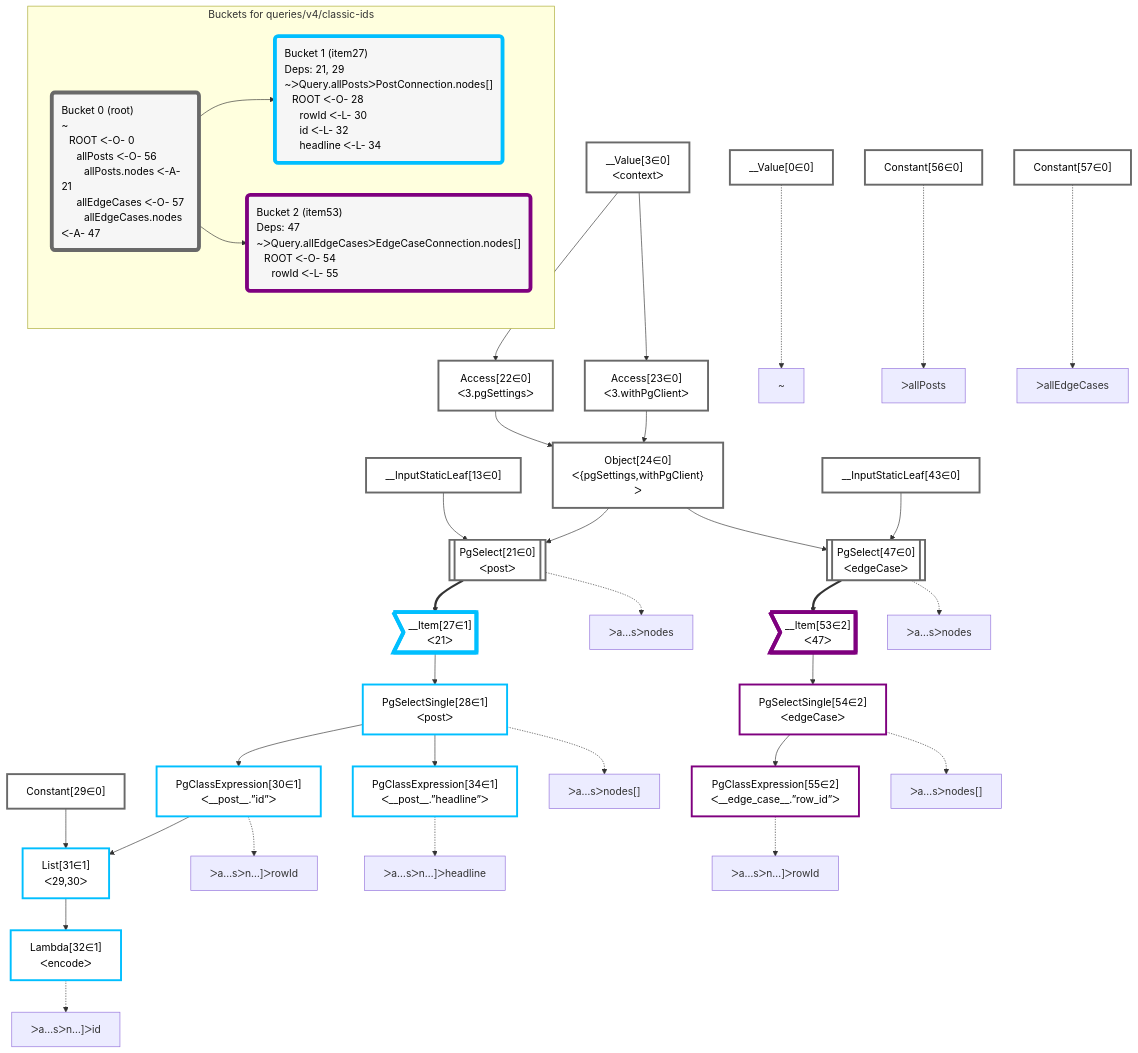
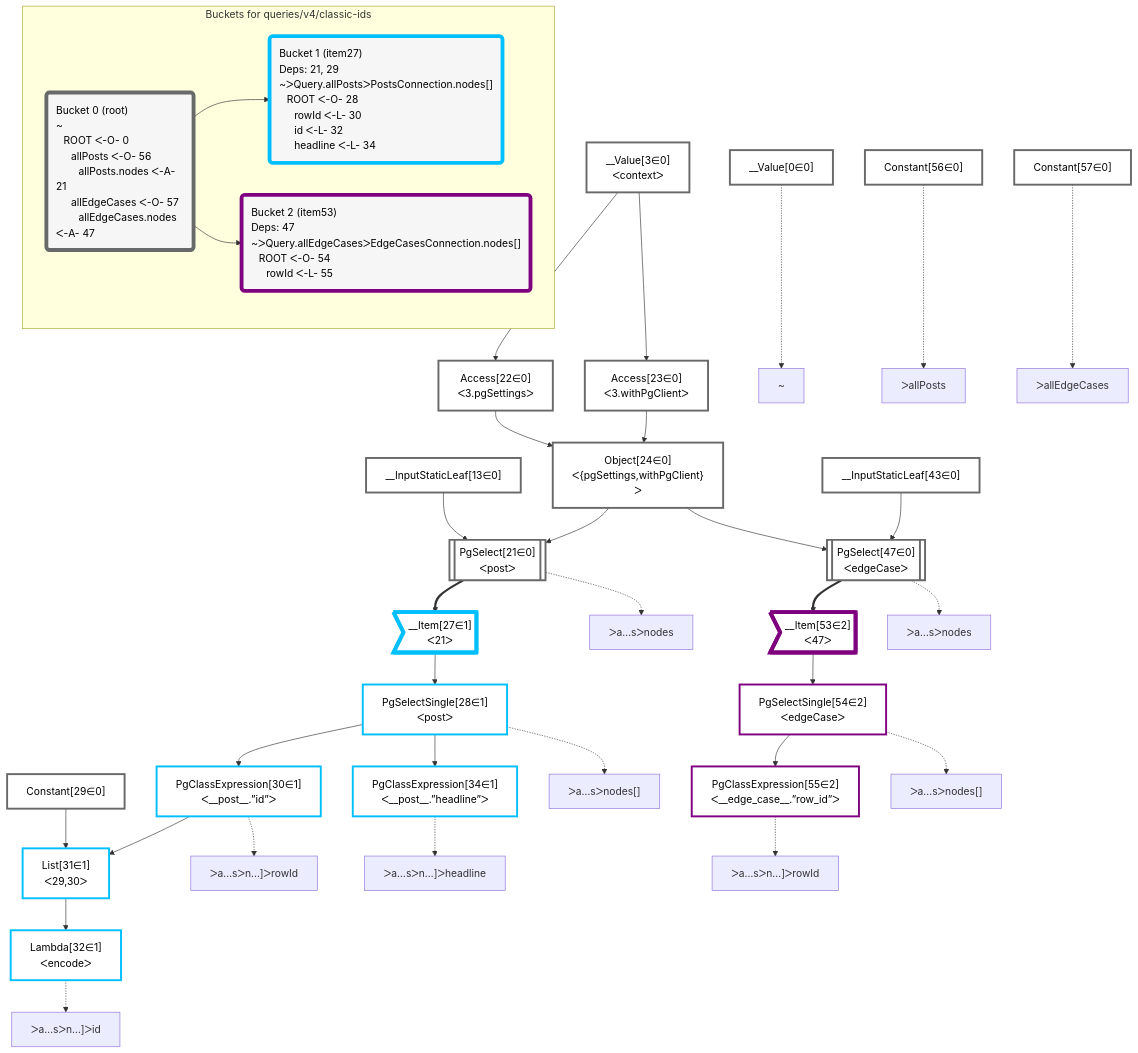
The diagram in packages/postgraphile/__tests__/queries/v4/classic-ids.mermaid (graphile/crystal), drawn with Mermaid before and after one commit. The commit also changed 2 other files, not shown here.

Commit message:
Update snapshots for new connection names

```diff
--- a/packages/postgraphile/__tests__/queries/v4/classic-ids.mermaid
+++ b/packages/postgraphile/__tests__/queries/v4/classic-ids.mermaid
@@ -1,83 +1,83 @@
 graph TD
     classDef path fill:#eee,stroke:#000,color:#000
     classDef plan fill:#fff,stroke-width:3px,color:#000
     classDef itemplan fill:#fff,stroke-width:6px,color:#000
     classDef sideeffectplan fill:#f00,stroke-width:6px,color:#000
     classDef bucket fill:#f6f6f6,color:#000,stroke-width:6px,text-align:left
 
 
     %% define plans
     __Value0["__Value[0∈0]"]:::plan
     __Value3["__Value[3∈0]<br />ᐸcontextᐳ"]:::plan
     __InputStaticLeaf13["__InputStaticLeaf[13∈0]"]:::plan
     Access22["Access[22∈0]<br />ᐸ3.pgSettingsᐳ"]:::plan
     Access23["Access[23∈0]<br />ᐸ3.withPgClientᐳ"]:::plan
     Object24["Object[24∈0]<br />ᐸ{pgSettings,withPgClient}ᐳ"]:::plan
     PgSelect21[["PgSelect[21∈0]<br />ᐸpostᐳ"]]:::plan
     Constant56["Constant[56∈0]"]:::plan
     __Item27>"__Item[27∈1]<br />ᐸ21ᐳ"]:::itemplan
     PgSelectSingle28["PgSelectSingle[28∈1]<br />ᐸpostᐳ"]:::plan
     Constant29["Constant[29∈0]"]:::plan
     PgClassExpression30["PgClassExpression[30∈1]<br />ᐸ__post__.”id”ᐳ"]:::plan
     List31["List[31∈1]<br />ᐸ29,30ᐳ"]:::plan
     Lambda32["Lambda[32∈1]<br />ᐸencodeᐳ"]:::plan
     PgClassExpression34["PgClassExpression[34∈1]<br />ᐸ__post__.”headline”ᐳ"]:::plan
     __InputStaticLeaf43["__InputStaticLeaf[43∈0]"]:::plan
     PgSelect47[["PgSelect[47∈0]<br />ᐸedgeCaseᐳ"]]:::plan
     Constant57["Constant[57∈0]"]:::plan
     __Item53>"__Item[53∈2]<br />ᐸ47ᐳ"]:::itemplan
     PgSelectSingle54["PgSelectSingle[54∈2]<br />ᐸedgeCaseᐳ"]:::plan
     PgClassExpression55["PgClassExpression[55∈2]<br />ᐸ__edge_case__.”row_id”ᐳ"]:::plan
 
     %% plan dependencies
     __Value3 --> Access22
     __Value3 --> Access23
     Access22 & Access23 --> Object24
     Object24 & __InputStaticLeaf13 --> PgSelect21
     PgSelect21 ==> __Item27
     __Item27 --> PgSelectSingle28
     PgSelectSingle28 --> PgClassExpression30
     Constant29 & PgClassExpression30 --> List31
     List31 --> Lambda32
     PgSelectSingle28 --> PgClassExpression34
     Object24 & __InputStaticLeaf43 --> PgSelect47
     PgSelect47 ==> __Item53
     __Item53 --> PgSelectSingle54
     PgSelectSingle54 --> PgClassExpression55
 
     %% plan-to-path relationships
     P0["~"]
     __Value0 -.-> P0
     P21["ᐳa…sᐳnodes"]
     PgSelect21 -.-> P21
     P28["ᐳa…sᐳnodes[]"]
     PgSelectSingle28 -.-> P28
     P30["ᐳa…sᐳn…]ᐳrowId"]
     PgClassExpression30 -.-> P30
     P32["ᐳa…sᐳn…]ᐳid"]
     Lambda32 -.-> P32
     P34["ᐳa…sᐳn…]ᐳheadline"]
     PgClassExpression34 -.-> P34
     P47["ᐳa…sᐳnodes"]
     PgSelect47 -.-> P47
     P54["ᐳa…sᐳnodes[]"]
     PgSelectSingle54 -.-> P54
     P55["ᐳa…sᐳn…]ᐳrowId"]
     PgClassExpression55 -.-> P55
     P56["ᐳallPosts"]
     Constant56 -.-> P56
     P57["ᐳallEdgeCases"]
     Constant57 -.-> P57
 
     subgraph "Buckets for queries/v4/classic-ids"
     Bucket0("Bucket 0 (root)<br />~<br />⠀ROOT ᐸ-O- 0<br />⠀⠀allPosts ᐸ-O- 56<br />⠀⠀⠀allPosts.nodes ᐸ-A- 21<br />⠀⠀allEdgeCases ᐸ-O- 57<br />⠀⠀⠀allEdgeCases.nodes ᐸ-A- 47"):::bucket
     classDef bucket0 stroke:#696969
     class Bucket0,__Value0,__Value3,__InputStaticLeaf13,PgSelect21,Access22,Access23,Object24,Constant29,__InputStaticLeaf43,PgSelect47,Constant56,Constant57 bucket0
-    Bucket1("Bucket 1 (item27)<br />Deps: 21, 29<br />~ᐳQuery.allPostsᐳPostConnection.nodes[]<br />⠀ROOT ᐸ-O- 28<br />⠀⠀rowId ᐸ-L- 30<br />⠀⠀id ᐸ-L- 32<br />⠀⠀headline ᐸ-L- 34"):::bucket
+    Bucket1("Bucket 1 (item27)<br />Deps: 21, 29<br />~ᐳQuery.allPostsᐳPostsConnection.nodes[]<br />⠀ROOT ᐸ-O- 28<br />⠀⠀rowId ᐸ-L- 30<br />⠀⠀id ᐸ-L- 32<br />⠀⠀headline ᐸ-L- 34"):::bucket
     classDef bucket1 stroke:#00bfff
     class Bucket1,__Item27,PgSelectSingle28,PgClassExpression30,List31,Lambda32,PgClassExpression34 bucket1
-    Bucket2("Bucket 2 (item53)<br />Deps: 47<br />~ᐳQuery.allEdgeCasesᐳEdgeCaseConnection.nodes[]<br />⠀ROOT ᐸ-O- 54<br />⠀⠀rowId ᐸ-L- 55"):::bucket
+    Bucket2("Bucket 2 (item53)<br />Deps: 47<br />~ᐳQuery.allEdgeCasesᐳEdgeCasesConnection.nodes[]<br />⠀ROOT ᐸ-O- 54<br />⠀⠀rowId ᐸ-L- 55"):::bucket
     classDef bucket2 stroke:#7f007f
     class Bucket2,__Item53,PgSelectSingle54,PgClassExpression55 bucket2
     Bucket0 --> Bucket1 & Bucket2
     end
```
